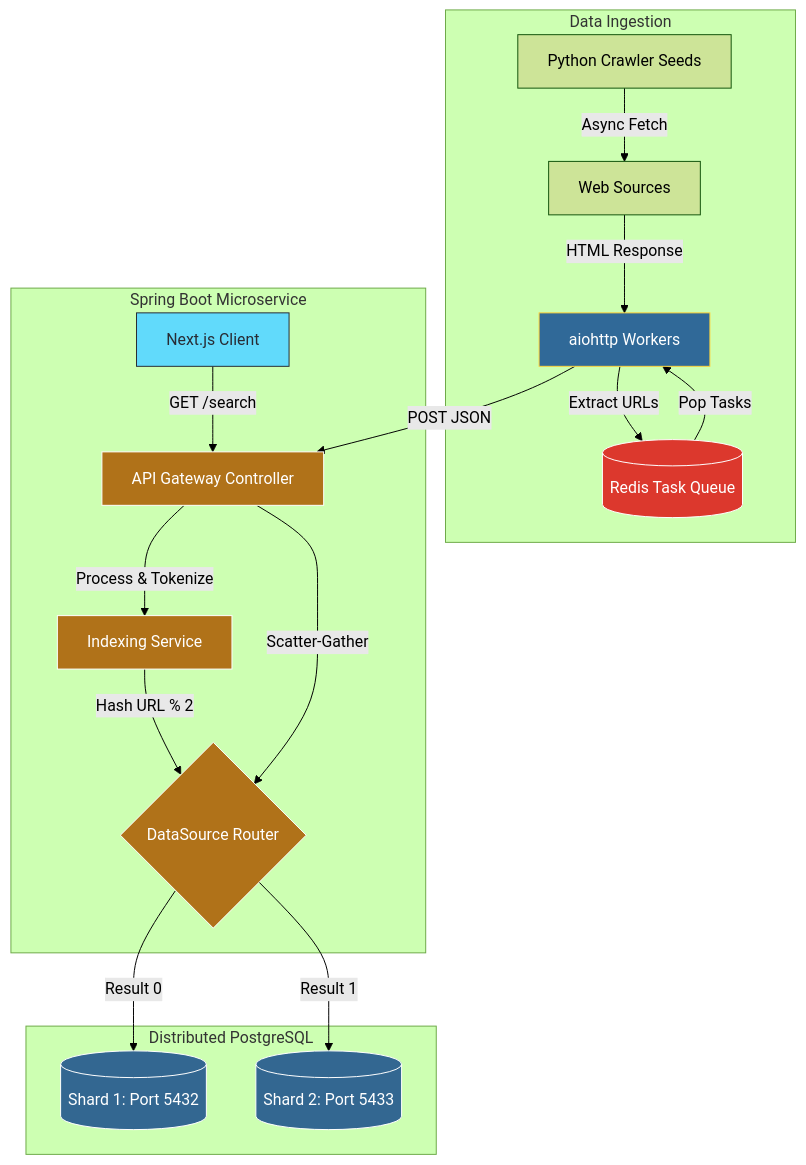
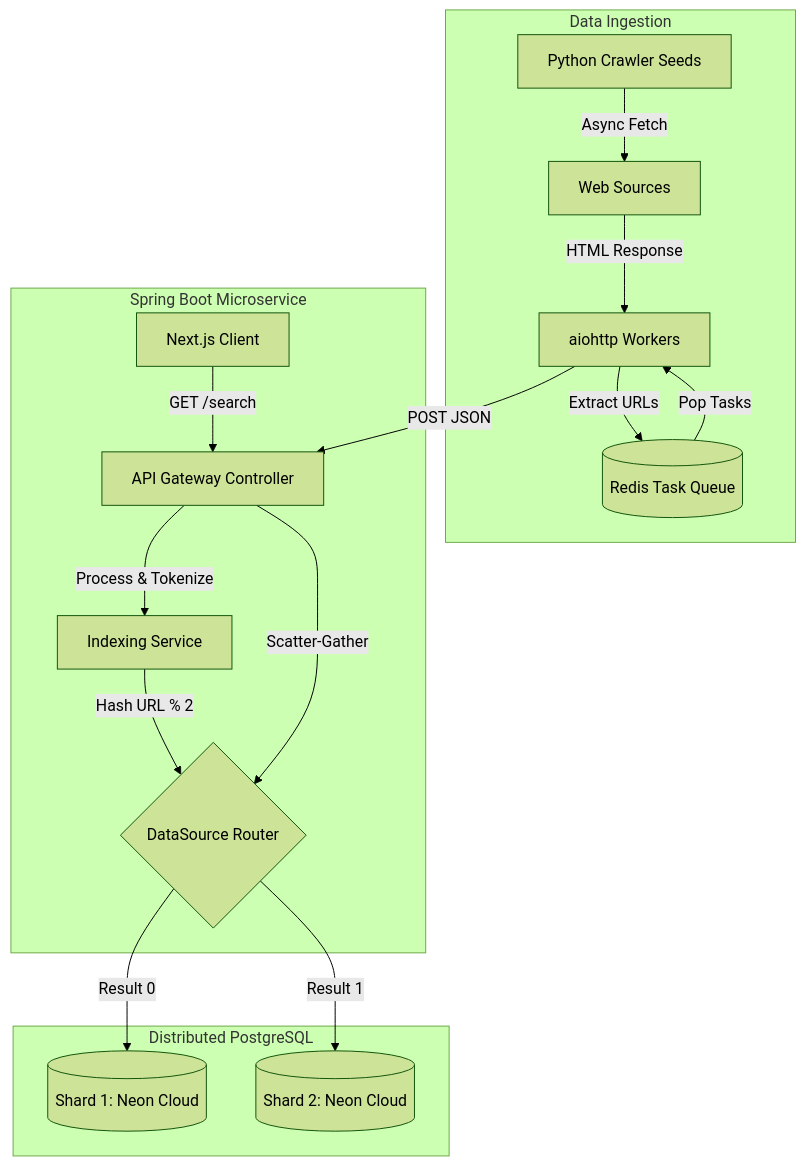
One commit to mayurs619/Distributed-Search-Engine changed the diagram in README.md. Above: the diagram before and after it, drawn with Mermaid (forest theme). The commit also changed other lines of this file, not shown here.

````diff
--- a/README.md
+++ b/README.md
@@ -7,34 +9,22 @@
 ```mermaid
 graph TD
     subgraph Data Ingestion
         A[Python Crawler Seeds] -->|Async Fetch| B[Web Sources]
         B -->|HTML Response| C[aiohttp Workers]
         C -->|Extract URLs| D[(Redis Task Queue)]
         D -->|Pop Tasks| C
     end
 
     subgraph Spring Boot Microservice
         C -->|POST JSON| E[API Gateway Controller]
         E -->|Process & Tokenize| F[Indexing Service]
         F -->|Hash URL % 2| G{DataSource Router}
         J[Next.js Client] -->|GET /search| E
         E -->|Scatter-Gather| G
     end
 
     subgraph Distributed PostgreSQL
-        G -->|Result 0| H[(Shard 1: Port 5432)]
-        G -->|Result 1| I[(Shard 2: Port 5433)]
+        G -->|Result 0| H[(Shard 1: Neon Cloud)]
+        G -->|Result 1| I[(Shard 2: Neon Cloud)]
     end
-
-    classDef python fill:#306998,stroke:#FFD43B,color:#fff;
-    classDef java fill:#b07219,stroke:#fff,color:#fff;
-    classDef db fill:#336791,stroke:#fff,color:#fff;
-    classDef redis fill:#dc382d,stroke:#fff,color:#fff;
-    classDef react fill:#61dafb,stroke:#282c34,color:#282c34;
-
-    class C python;
-    class E,F,G java;
-    class H,I db;
-    class D redis;
-    class J react;
 ```
````
